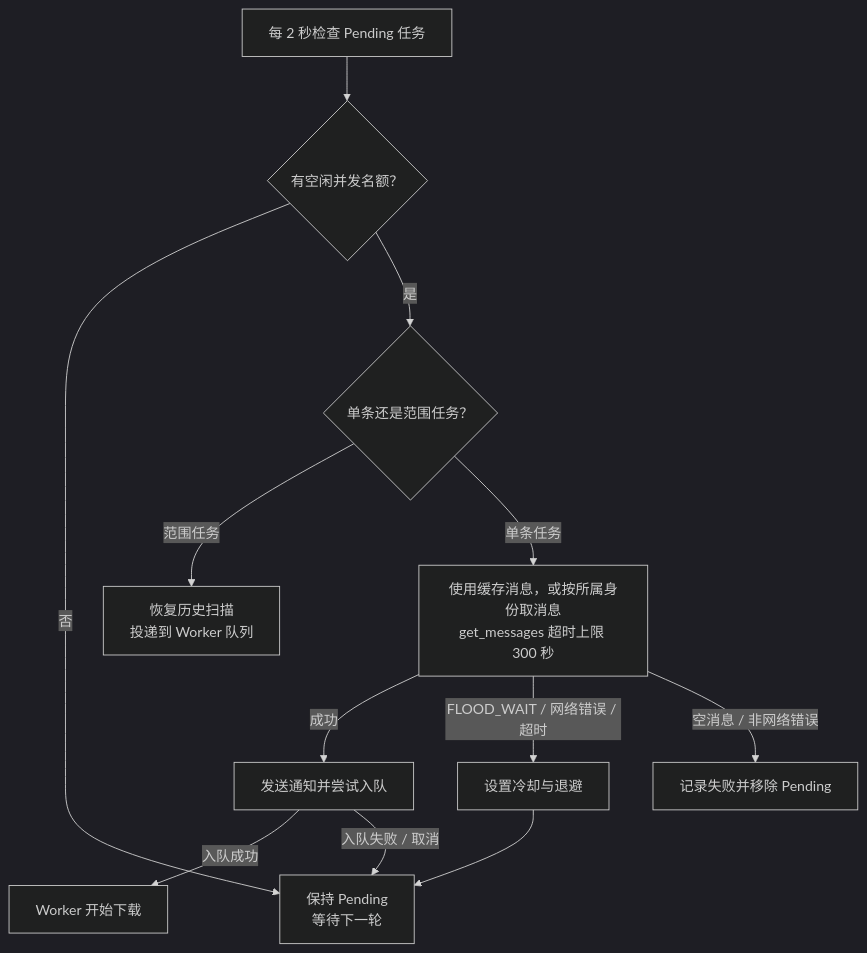
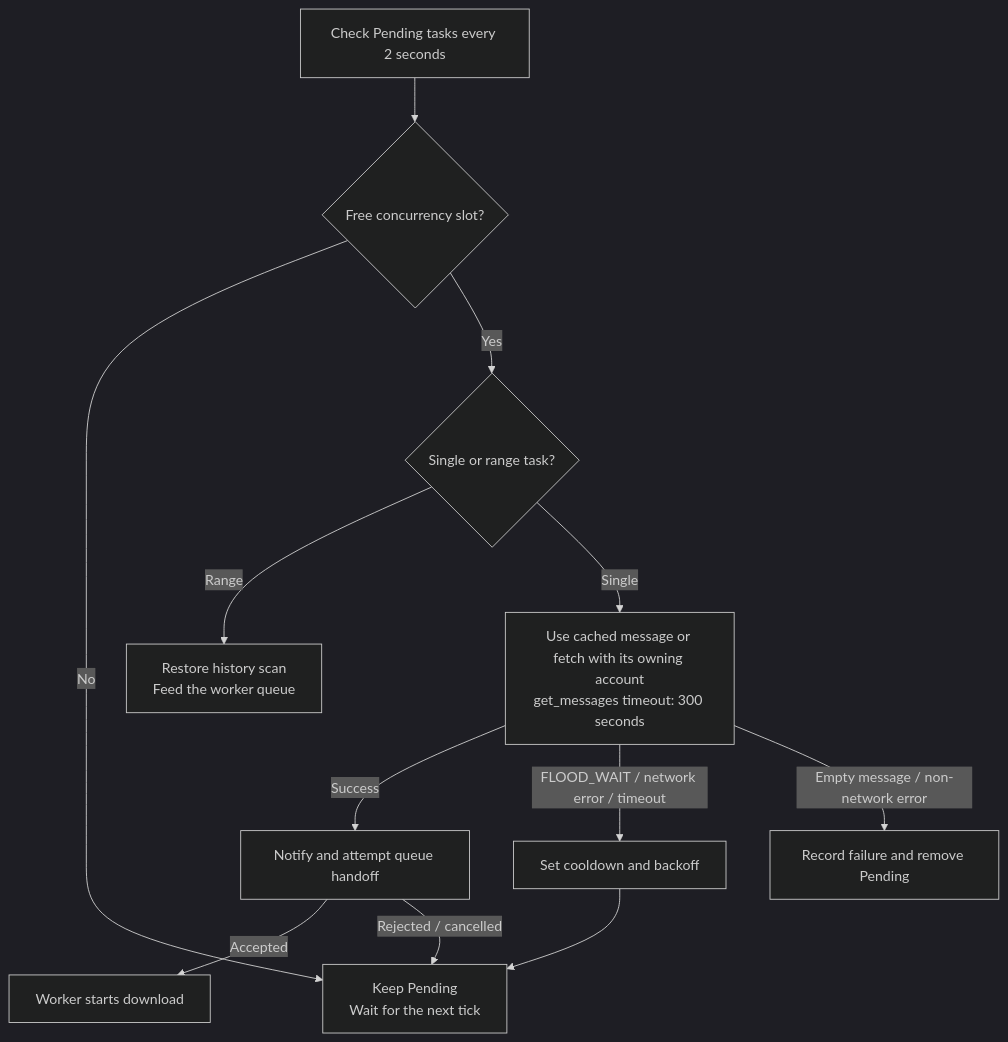
The second of 2 diagrams in README.md (smilekevin/TGPorter), drawn with Mermaid (dark theme) before and after one commit. The commit also changed other lines of this file and 1 other file, not shown here.

````diff
--- a/README.md
+++ b/README.md
@@ -205,14 +378,14 @@
 ```mermaid
 flowchart TB
-    Tick["每 2 秒检查 Pending 任务"] --> Slot{"有空闲并发名额？"}
-    Slot -->|否| Wait["保持 Pending<br/>等待下一轮"]
-    Slot -->|是| Type{"单条还是范围任务？"}
-    Type -->|范围任务| Scan["恢复历史扫描<br/>投递到 Worker 队列"]
-    Type -->|单条任务| Fetch["使用缓存消息，或按所属身份取消息<br/>get_messages 超时上限 300 秒"]
-    Fetch -->|成功| Enqueue["发送通知并尝试入队"]
-    Enqueue -->|入队成功| Download["Worker 开始下载"]
-    Enqueue -->|入队失败 / 取消| Wait
-    Fetch -->|FLOOD_WAIT / 网络错误 / 超时| Cooldown["设置冷却与退避"]
+    Tick["Check Pending tasks every 2 seconds"] --> Slot{"Free concurrency slot?"}
+    Slot -->|No| Wait["Keep Pending<br/>Wait for the next tick"]
+    Slot -->|Yes| Type{"Single or range task?"}
+    Type -->|Range| Scan["Restore history scan<br/>Feed the worker queue"]
+    Type -->|Single| Fetch["Use cached message or fetch with its owning account<br/>get_messages timeout: 300 seconds"]
+    Fetch -->|Success| Enqueue["Notify and attempt queue handoff"]
+    Enqueue -->|Accepted| Download["Worker starts download"]
+    Enqueue -->|Rejected / cancelled| Wait
+    Fetch -->|FLOOD_WAIT / network error / timeout| Cooldown["Set cooldown and backoff"]
     Cooldown --> Wait
-    Fetch -->|空消息 / 非网络错误| Failed["记录失败并移除 Pending"]
+    Fetch -->|Empty message / non-network error| Failed["Record failure and remove Pending"]
 ```
````
